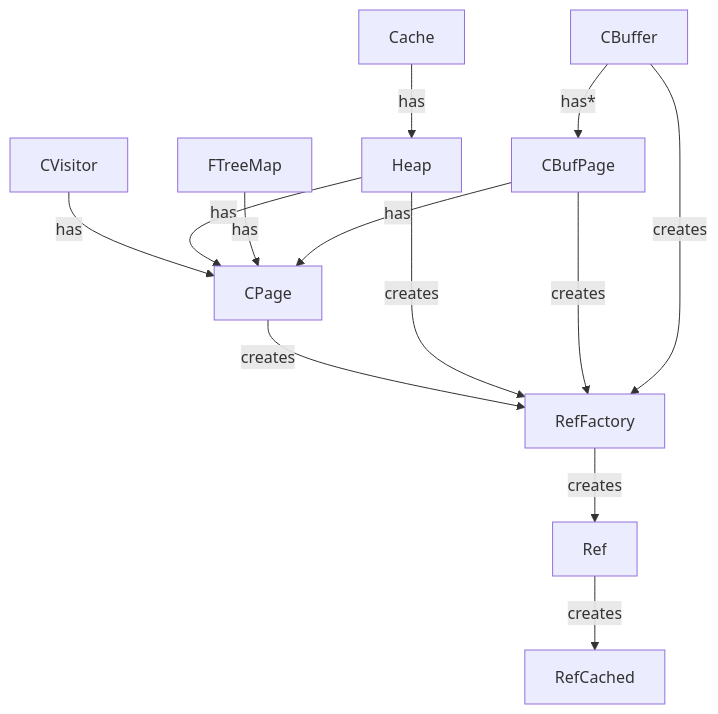
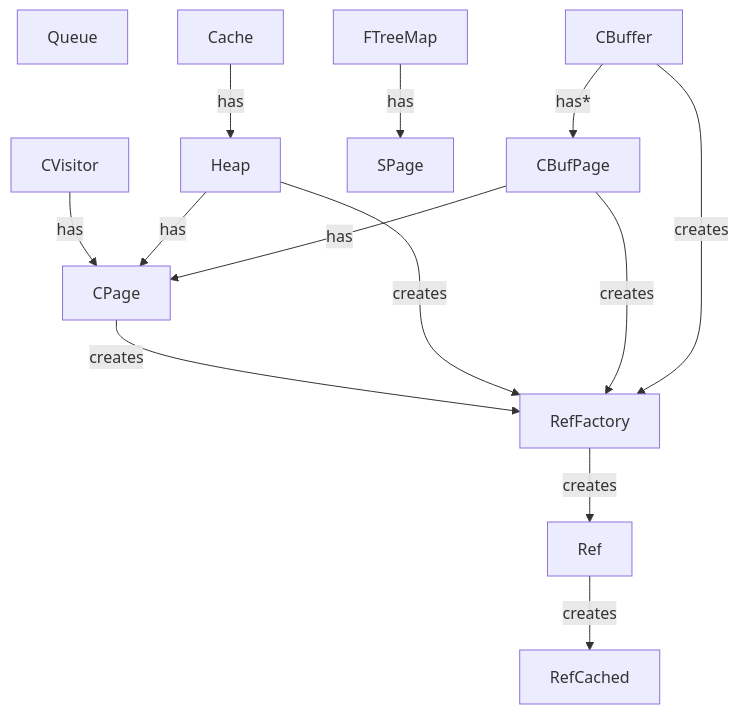
Before and after one commit to briannoyama/go-fast: the diagram in README.md, drawn with Mermaid. The commit also changed other lines of this file and 6 other files, not shown here.

````diff
--- a/README.md
+++ b/README.md
@@ -7,15 +9,16 @@
 ```mermaid
 flowchart TD
+  Queue
   A[CPage]-->|creates|C[RefFactory]
   B[CVisitor]-->|has|A
   C-->|creates|D[Ref]
   D-->|creates|E[RefCached]
   F[Heap]-->|has|A
   F-->|creates|C
-  G[FTreeMap]-->|has|A
+  G[FTreeMap]-->|has|K[SPage]
   H[Cache]-->|has|F
   I[CBufPage]-->|has|A
   I-->|creates|C
   J[CBuffer]-->|has*|I
   J-->|creates|C
 ```
````
